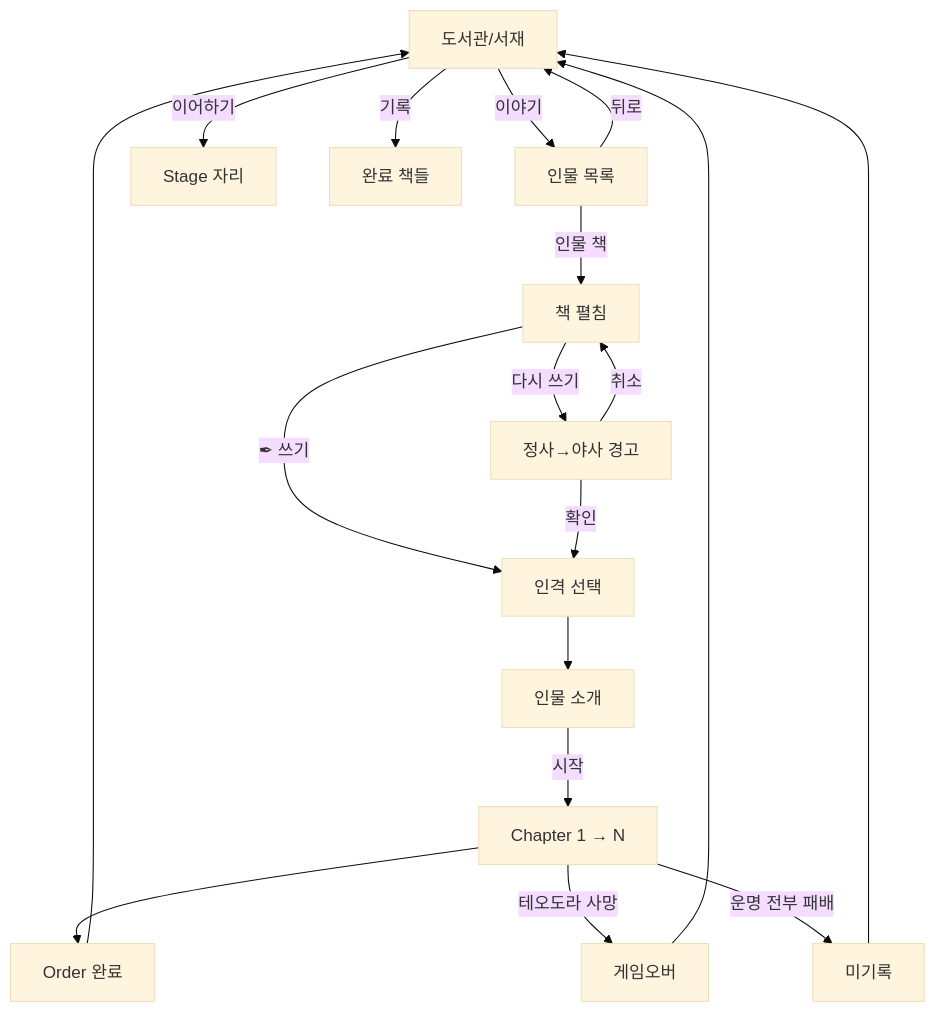
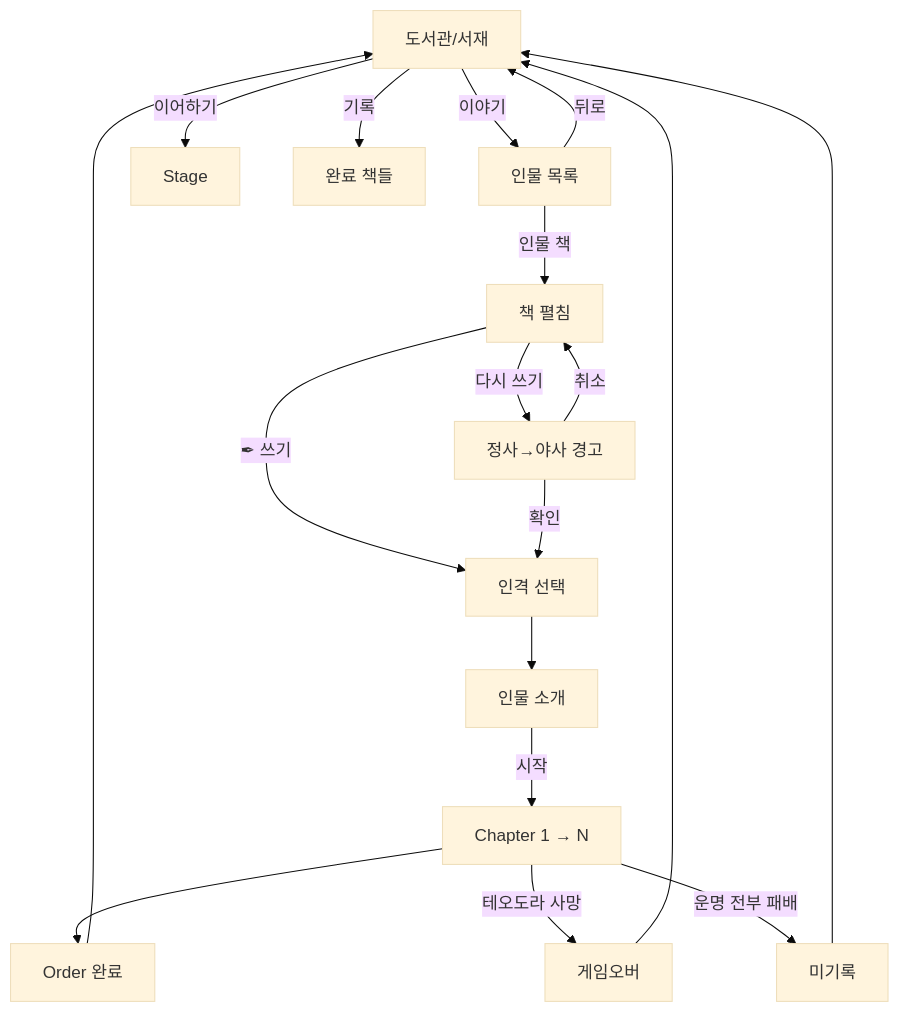
One commit to roam1215-beep/Chronicle-wiki changed the diagram in design/ui_flow.md. Above: the diagram before and after it, drawn with Mermaid (base theme). The commit also changed other lines of this file and 15 other files, not shown here.

````diff
--- a/design/ui_flow.md
+++ b/design/ui_flow.md
@@ -68,22 +68,22 @@
 ```mermaid
 flowchart TD
     LIB["도서관/서재"] -->|이야기| LIST["인물 목록"]
-    LIB -->|이어하기| STAGE["Stage 자리"]
+    LIB -->|이어하기| STAGE["Stage"]
     LIB -->|기록| RECORD["완료 책들"]
     
     LIST -->|인물 책| CHAR["책 펼침"]
     LIST -->|뒤로| LIB
     
     CHAR -->|✒ 쓰기| PERSONA["인격 선택"]
     CHAR -->|다시 쓰기| WARN["정사→야사 경고"]
     WARN -->|확인| PERSONA
     WARN -->|취소| CHAR
     
     PERSONA --> INTRO["인물 소개"]
     INTRO -->|시작| CH["Chapter 1 → N"]
     CH --> SAVE["Order 완료"]
     SAVE --> LIB
     
     CH -->|테오도라 사망| GG["게임오버"] --> LIB
     CH -->|운명 전부 패배| FAIL["미기록"] --> LIB
 ```
````
